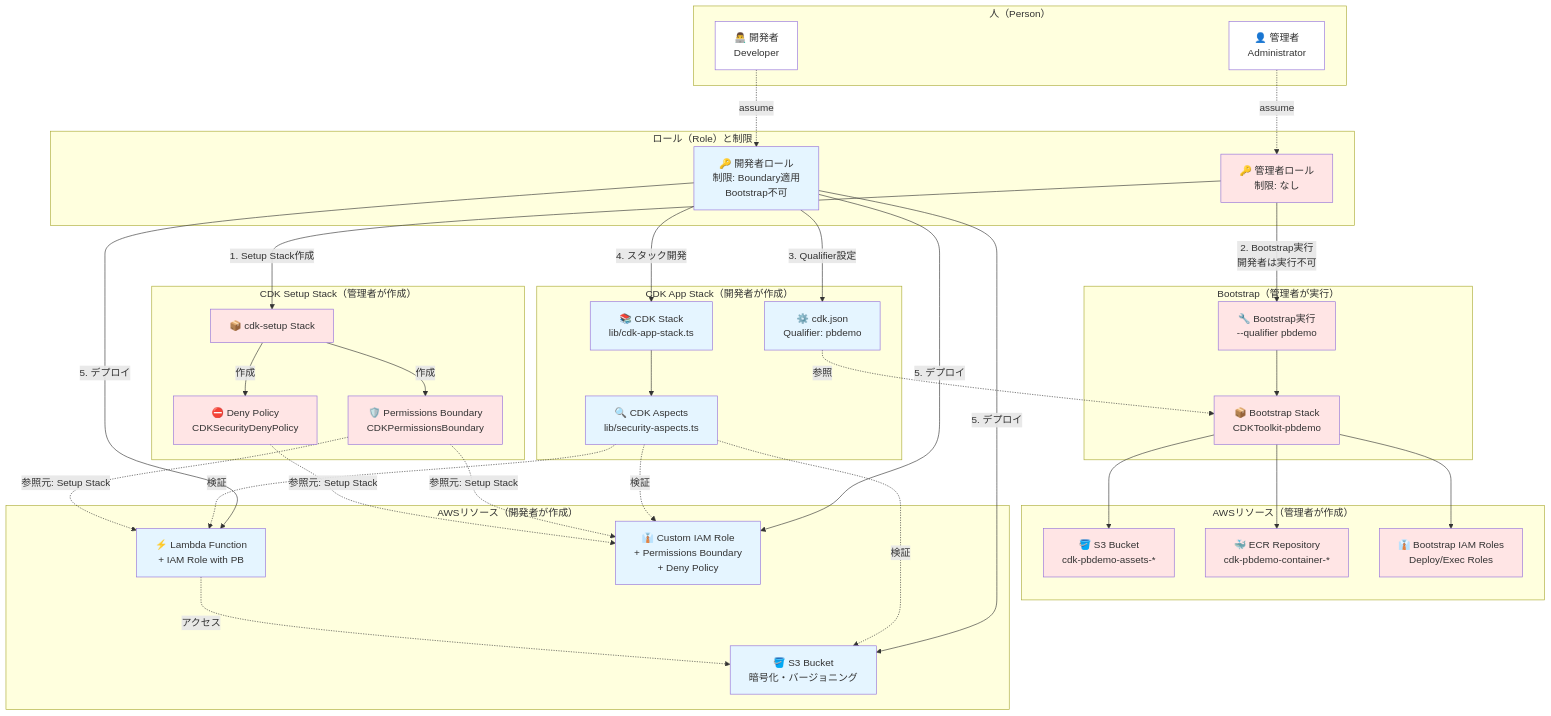
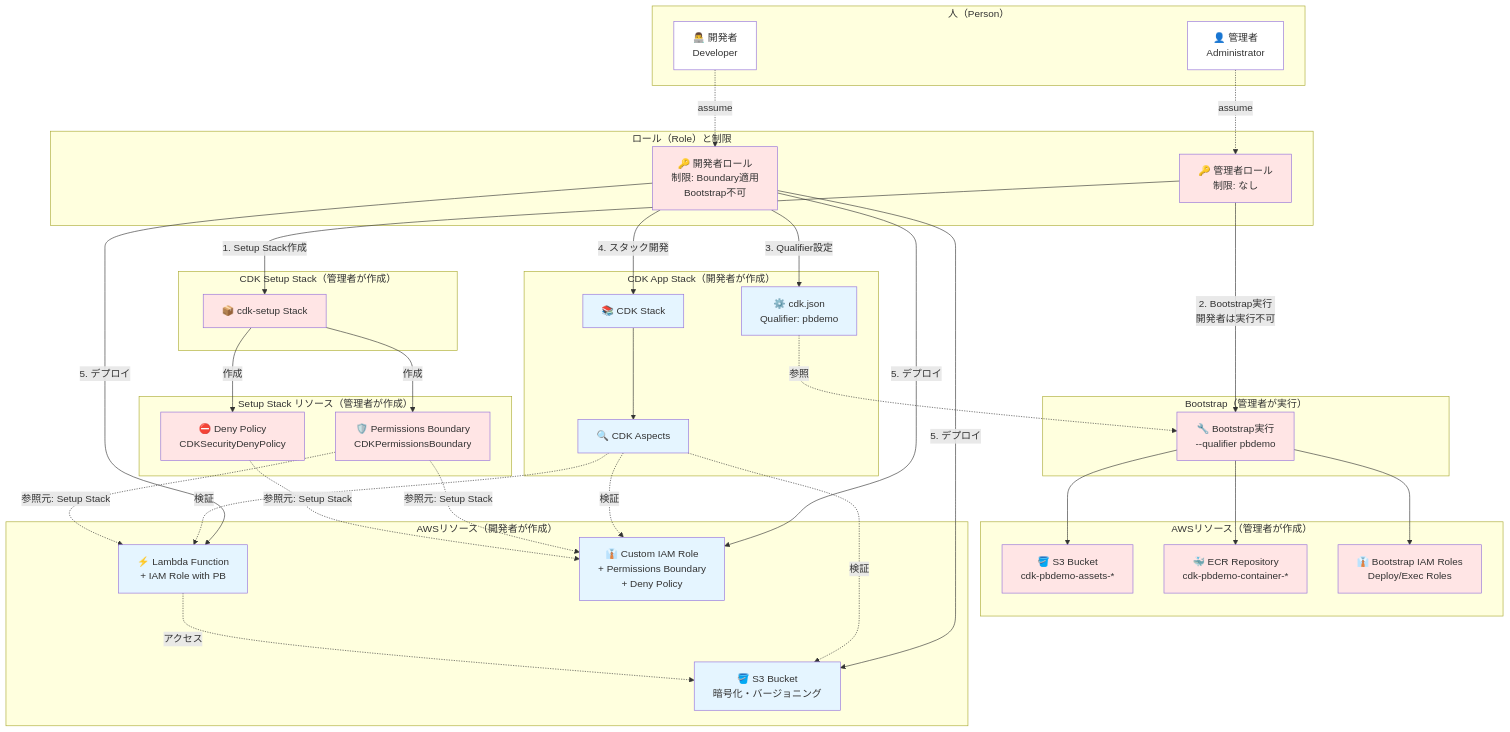
Before and after one commit to goataka/cdk-with-permissions-boundary: the first of 3 diagrams in SECURITY_FEATURES.md, drawn with Mermaid.

Commit message:
Fix architecture diagram: change DevRole color to admin-created, separate stack and resources, remove BootstrapStack, remove file names

```diff
--- a/SECURITY_FEATURES.md
+++ b/SECURITY_FEATURES.md
@@ -20,19 +20,21 @@
     
     subgraph "CDK Setup Stack（管理者が作成）"
         SetupStack[📦 cdk-setup Stack]
+    end
+    
+    subgraph "Setup Stack リソース（管理者が作成）"
         PBPolicy[🛡️ Permissions Boundary<br/>CDKPermissionsBoundary]
         DenyPolicy[⛔ Deny Policy<br/>CDKSecurityDenyPolicy]
     end
     
     subgraph "Bootstrap（管理者が実行）"
         Bootstrap[🔧 Bootstrap実行<br/>--qualifier pbdemo]
-        BootstrapStack[📦 Bootstrap Stack<br/>CDKToolkit-pbdemo]
     end
     
     subgraph "CDK App Stack（開発者が作成）"
-        CDKStack[📚 CDK Stack<br/>lib/cdk-app-stack.ts]
+        CDKStack[📚 CDK Stack]
         QualifierConfig[⚙️ cdk.json<br/>Qualifier: pbdemo]
-        Aspects[🔍 CDK Aspects<br/>lib/security-aspects.ts]
+        Aspects[🔍 CDK Aspects]
     end
     
     subgraph "AWSリソース（管理者が作成）"
@@ -55,14 +57,13 @@
     SetupStack -->|作成| DenyPolicy
     
     AdminRole -->|2. Bootstrap実行<br/>開発者は実行不可| Bootstrap
-    Bootstrap --> BootstrapStack
-    BootstrapStack --> S3Assets
-    BootstrapStack --> ECRRepo
-    BootstrapStack --> BootstrapRoles
+    Bootstrap --> S3Assets
+    Bootstrap --> ECRRepo
+    Bootstrap --> BootstrapRoles
     
     DevRole -->|3. Qualifier設定| QualifierConfig
     DevRole -->|4. スタック開発| CDKStack
-    QualifierConfig -.参照.-> BootstrapStack
+    QualifierConfig -.参照.-> Bootstrap
     CDKStack --> Aspects
     
     DevRole -->|5. デプロイ| Lambda
@@ -82,12 +83,11 @@
     style Admin fill:#FFFFFF
     style Dev fill:#FFFFFF
     style AdminRole fill:#FFE5E5
-    style DevRole fill:#E5F5FF
+    style DevRole fill:#FFE5E5
     style SetupStack fill:#FFE5E5
     style PBPolicy fill:#FFE5E5
     style DenyPolicy fill:#FFE5E5
     style Bootstrap fill:#FFE5E5
-    style BootstrapStack fill:#FFE5E5
     style S3Assets fill:#FFE5E5
     style ECRRepo fill:#FFE5E5
     style BootstrapRoles fill:#FFE5E5
```
